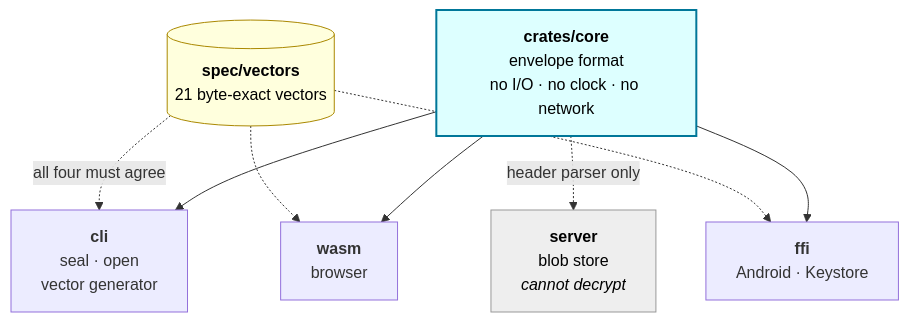
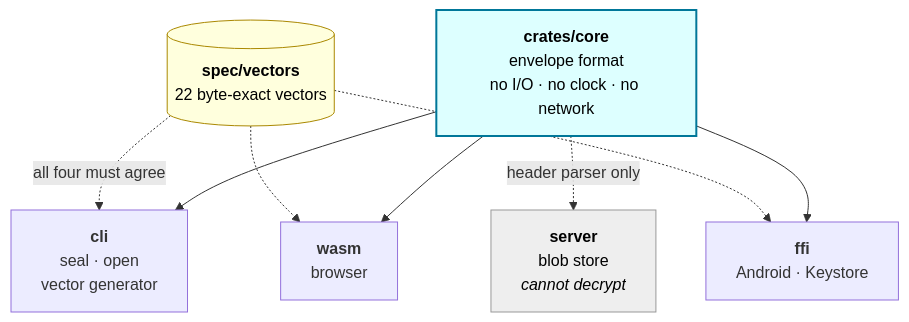
One commit to arisros/sirna changed the third of 4 diagrams in README.md. Above: the diagram before and after it, drawn with Mermaid. The commit also changed other lines of this file and 12 other files, not shown here.

````diff
--- a/README.md
+++ b/README.md
@@ -93,18 +93,18 @@
 ```mermaid
 flowchart TD
     core["<b>crates/core</b><br/>envelope format<br/>no I/O · no clock · no network"]
 
     core --> cli["<b>cli</b><br/>seal · open<br/>vector generator"]
     core --> wasm["<b>wasm</b><br/>browser"]
     core --> ffi["<b>ffi</b><br/>Android · Keystore"]
     core -. "header parser only" .-> srv["<b>server</b><br/>blob store<br/><i>cannot decrypt</i>"]
 
-    spec[("<b>spec/vectors</b><br/>21 byte-exact vectors")]
+    spec[("<b>spec/vectors</b><br/>22 byte-exact vectors")]
     spec -.->|"all four must agree"| cli
     spec -.-> wasm
     spec -.-> ffi
 
     style core fill:#dff,stroke:#079,stroke-width:2px,color:#000
     style spec fill:#ffd,stroke:#a80,color:#000
     style srv fill:#eee,stroke:#999,color:#000
 ```
````
